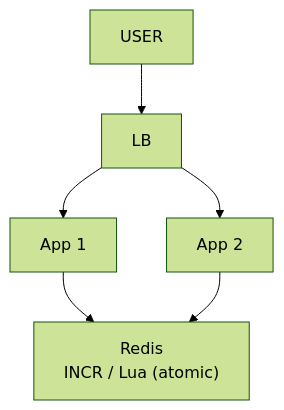
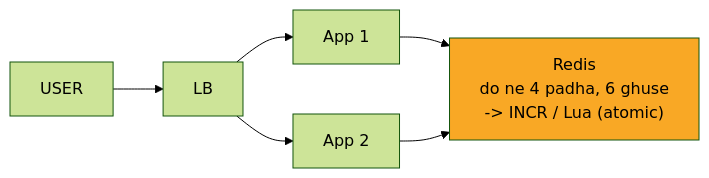
Before and after one commit to ArpanMaheshwari144/Prep: the third of 11 diagrams in 04_HLD/SYSTEM_DESIGNS/02_rate_limiter/02_rate_limiter.md, drawn with Mermaid (forest theme). The commit also changed other lines of this file and 2 other files, not shown here.

Commit message:
url shortener, rate limiter, twitter: one-day story, short cards, follow-ups with rules, highlighted diagrams

````diff
--- a/04_HLD/SYSTEM_DESIGNS/02_rate_limiter/02_rate_limiter.md
+++ b/04_HLD/SYSTEM_DESIGNS/02_rate_limiter/02_rate_limiter.md
@@ -116,13 +152,14 @@
 ```mermaid
-flowchart TD
+flowchart LR
     n_USER["USER"]
     n_LB["LB"]
     n_App_x_N_1["App 1"]
     n_App_x_N_2["App 2"]
-    n_Redis["Redis<br/>INCR / Lua (atomic)"]
+    n_Redis["Redis<br/>do ne 4 padha, 6 ghuse<br/>-> INCR / Lua (atomic)"]
     n_USER --> n_LB
     n_LB --> n_App_x_N_1
     n_LB --> n_App_x_N_2
     n_App_x_N_1 --> n_Redis
     n_App_x_N_2 --> n_Redis
+    style n_Redis fill:#f9a825,color:#000
 ```
````
